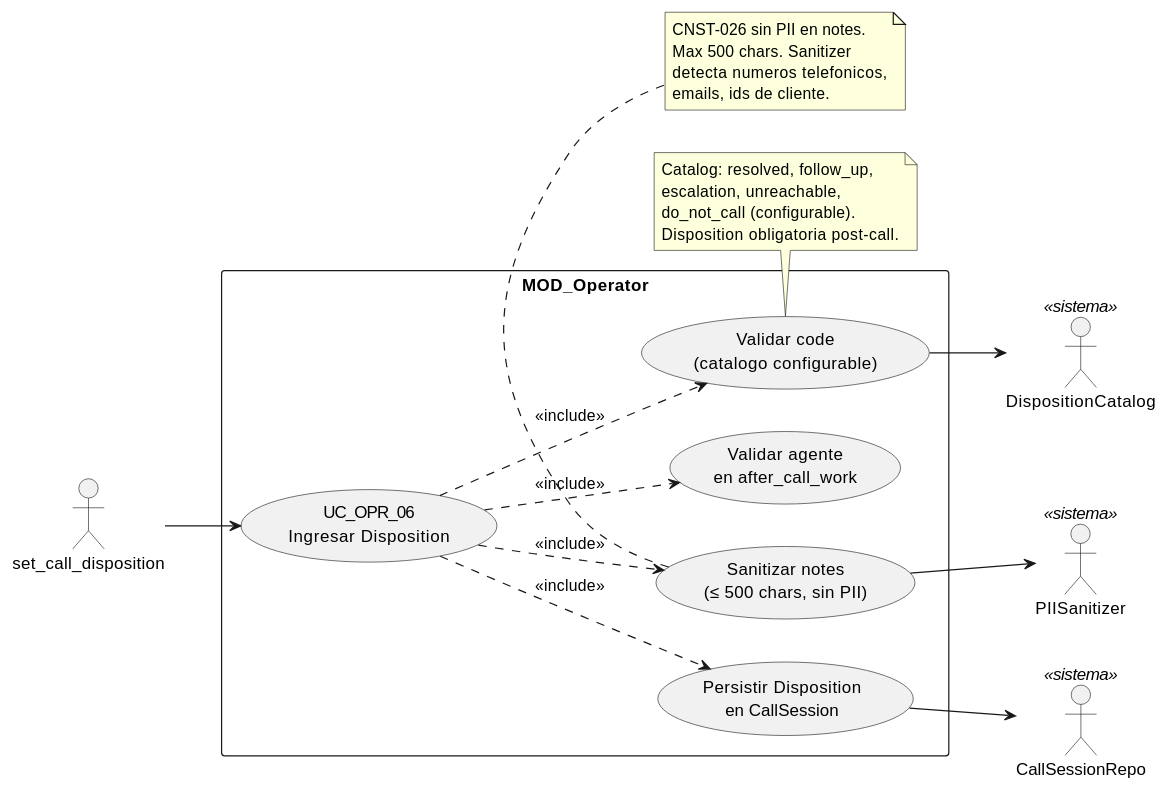
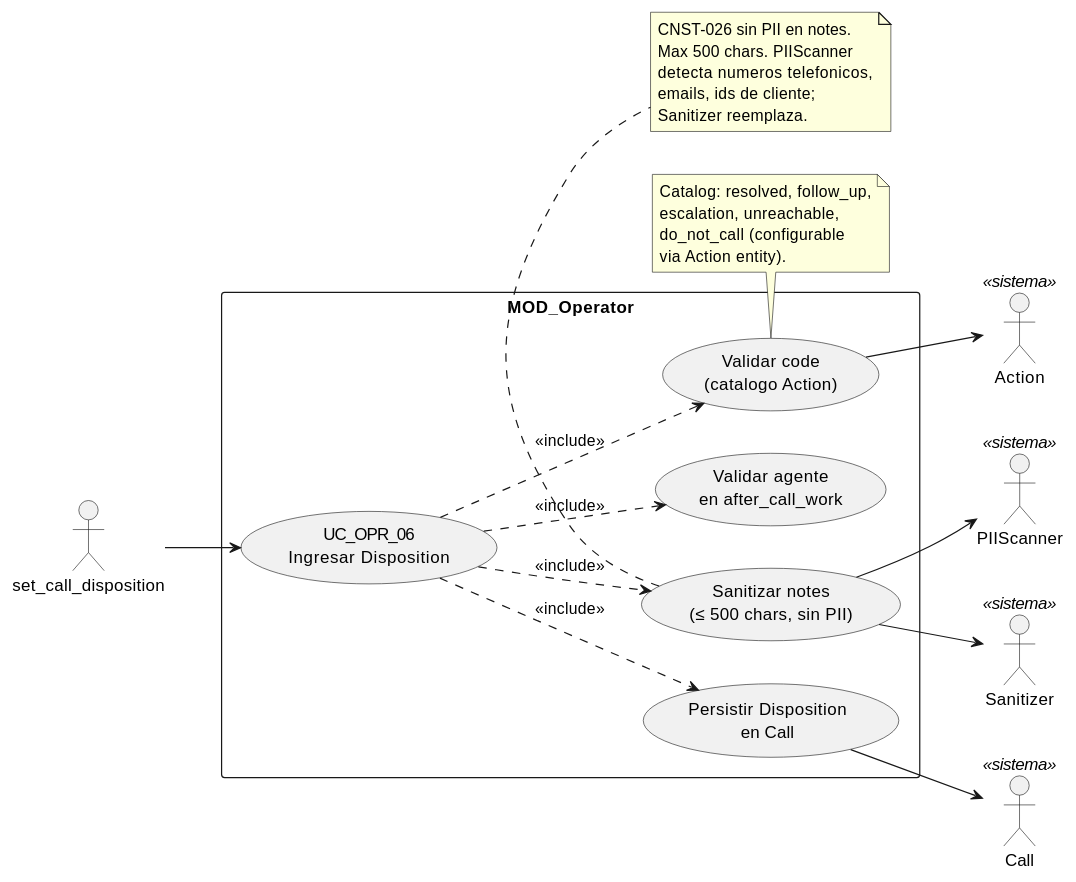
One commit to jcg-admin/IACT-docs changed the diagram in source/requisitos/casos-uso/operator/uc-opr-06/diagramas-uml/diagrama-de-caso-de-uso.rst. Above: the diagram before and after it, drawn with PlantUML. The commit also changed other lines of this file and 52 other files, not shown here.

```diff
--- a/source/requisitos/casos-uso/operator/uc-opr-06/diagramas-uml/diagrama-de-caso-de-uso.rst
+++ b/source/requisitos/casos-uso/operator/uc-opr-06/diagramas-uml/diagrama-de-caso-de-uso.rst
@@ -4,45 +4,48 @@
 .. uml::
  :caption: UC_OPR_06 — actores y casos asociados
 
  @startuml
 
  left to right direction
 
  actor "set_call_disposition" as INVOKER
- actor "DispositionCatalog" as CATALOG <<sistema>>
- actor "CallSessionRepo" as REPO <<sistema>>
- actor "PIISanitizer" as SANITIZER <<sistema>>
+ actor "Action" as ACTION <<sistema>>
+ actor "Call" as CALL <<sistema>>
+ actor "PIIScanner" as PII <<sistema>>
+ actor "Sanitizer" as SAN <<sistema>>
 
  rectangle "MOD_Operator" {
    usecase "UC_OPR_06\nIngresar Disposition" as UC_OPR_06
    usecase "Validar agente\nen after_call_work" as VALIDAR_STATE
-   usecase "Validar code\n(catalogo configurable)" as VALIDAR_CODE
+   usecase "Validar code\n(catalogo Action)" as VALIDAR_CODE
    usecase "Sanitizar notes\n(≤ 500 chars, sin PII)" as SANITIZAR
-   usecase "Persistir Disposition\nen CallSession" as PERSISTIR
+   usecase "Persistir Disposition\nen Call" as PERSISTIR
  }
 
  INVOKER --> UC_OPR_06
  UC_OPR_06 ..> VALIDAR_STATE : <<include>>
  UC_OPR_06 ..> VALIDAR_CODE : <<include>>
  UC_OPR_06 ..> SANITIZAR : <<include>>
  UC_OPR_06 ..> PERSISTIR : <<include>>
 
- VALIDAR_CODE --> CATALOG
- SANITIZAR --> SANITIZER
- PERSISTIR --> REPO
+ VALIDAR_CODE --> ACTION
+ SANITIZAR --> PII
+ SANITIZAR --> SAN
+ PERSISTIR --> CALL
 
  note bottom of VALIDAR_CODE
    Catalog: resolved, follow_up,
    escalation, unreachable,
-   do_not_call (configurable).
-   Disposition obligatoria post-call.
+   do_not_call (configurable
+   via Action entity).
  end note
 
  note bottom of SANITIZAR
    CNST-026 sin PII en notes.
-   Max 500 chars. Sanitizer
+   Max 500 chars. PIIScanner
    detecta numeros telefonicos,
-   emails, ids de cliente.
+   emails, ids de cliente;
+   Sanitizer reemplaza.
  end note
 
  @enduml
```
